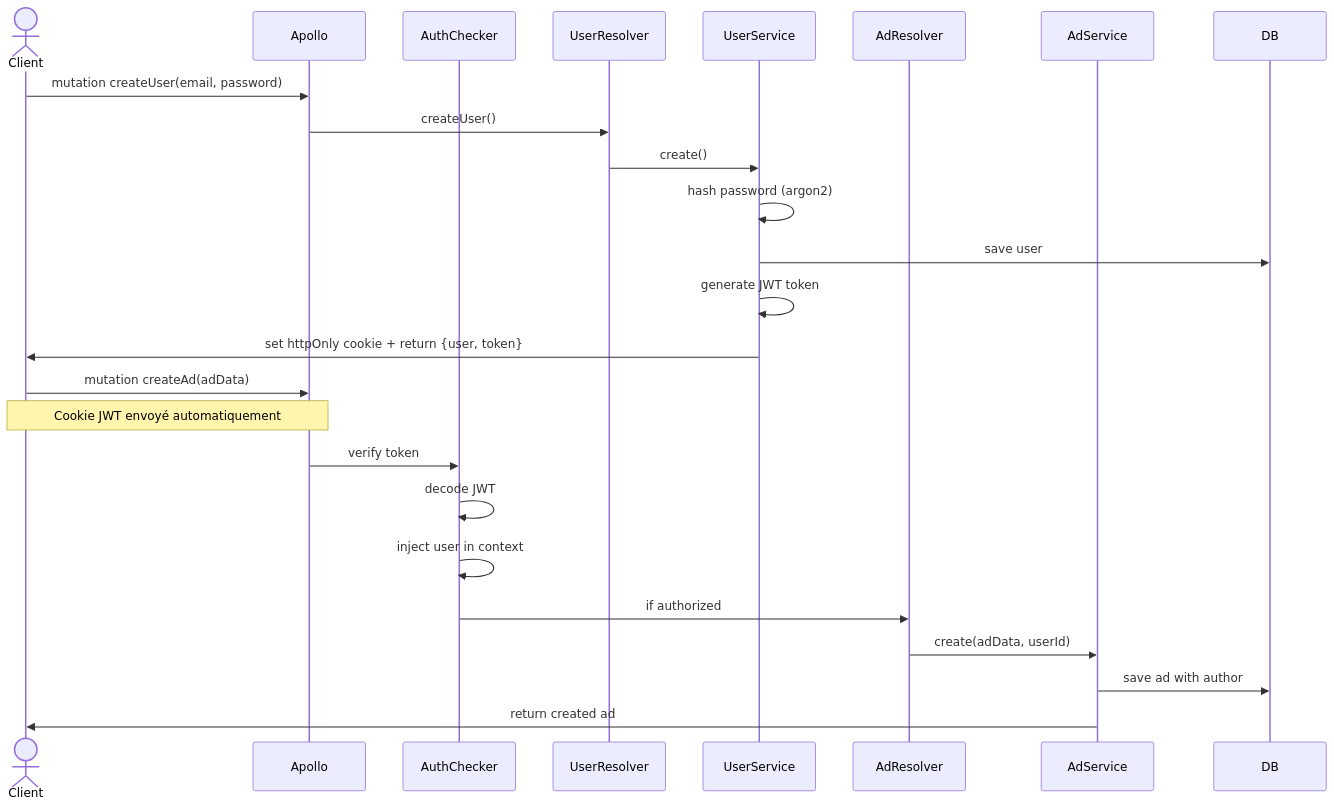
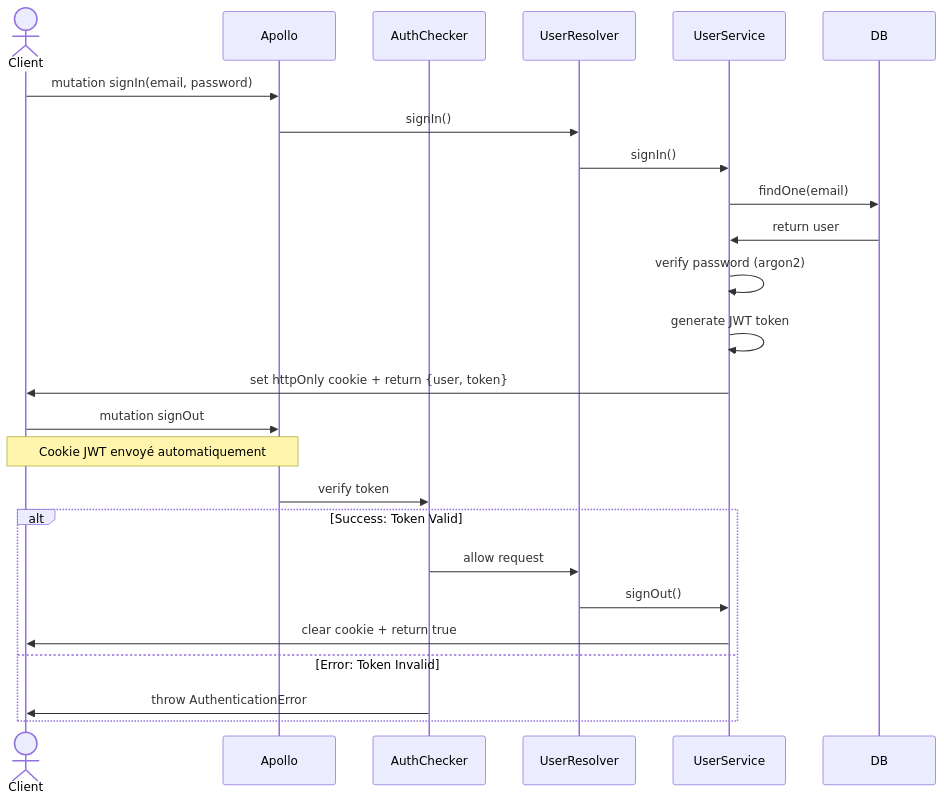
Before and after one commit to Netsbump/the-good-corner: the second of 3 diagrams in tgc-graphql/backend/README.md, drawn with Mermaid. The commit also changed other lines of this file and 3 other files, not shown here.

Commit message:
feat: refactor auth flow and update documentation

````diff
--- a/tgc-graphql/backend/README.md
+++ b/tgc-graphql/backend/README.md
@@ -3,31 +34,32 @@
 ```mermaid
 sequenceDiagram
     actor Client
     participant Apollo
     participant AuthChecker
     participant UserResolver
     participant UserService
-    participant AdResolver
-    participant AdService
     participant DB
 
-    %% Création utilisateur
-    Client->>Apollo: mutation createUser(email, password)
-    Apollo->>UserResolver: createUser()
-    UserResolver->>UserService: create()
-    UserService->>UserService: hash password (argon2)
-    UserService->>DB: save user
+    %% Connexion (SignIn)
+    Client->>Apollo: mutation signIn(email, password)
+    Apollo->>UserResolver: signIn()
+    UserResolver->>UserService: signIn()
+    UserService->>DB: findOne(email)
+    DB->>UserService: return user
+    UserService->>UserService: verify password (argon2)
     UserService->>UserService: generate JWT token
     UserService->>Client: set httpOnly cookie + return {user, token}
 
-    %% Création annonce (authentifiée)
-    Client->>Apollo: mutation createAd(adData)
+    %% Déconnexion (SignOut)
+    Client->>Apollo: mutation signOut
     Note over Client,Apollo: Cookie JWT envoyé automatiquement
     Apollo->>AuthChecker: verify token
-    AuthChecker->>AuthChecker: decode JWT
-    AuthChecker->>AuthChecker: inject user in context
-    AuthChecker->>AdResolver: if authorized
-    AdResolver->>AdService: create(adData, userId)
-    AdService->>DB: save ad with author
-    AdService->>Client: return created ad   
+    alt Success: Token Valid
+        AuthChecker->>UserResolver: allow request
+        UserResolver->>UserService: signOut()
+        UserService->>Client: clear cookie + return true
+
+    else Error: Token Invalid
+        AuthChecker->>Client: throw AuthenticationError
+    end
 ```
````
